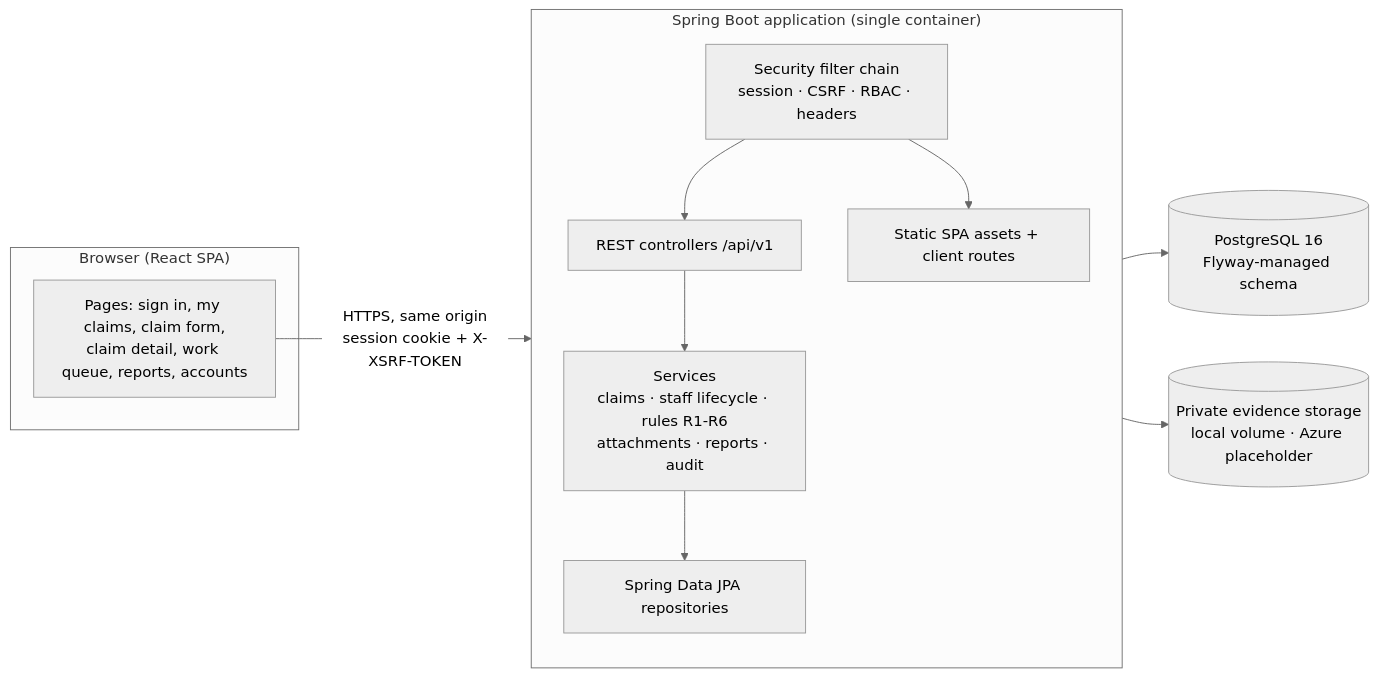
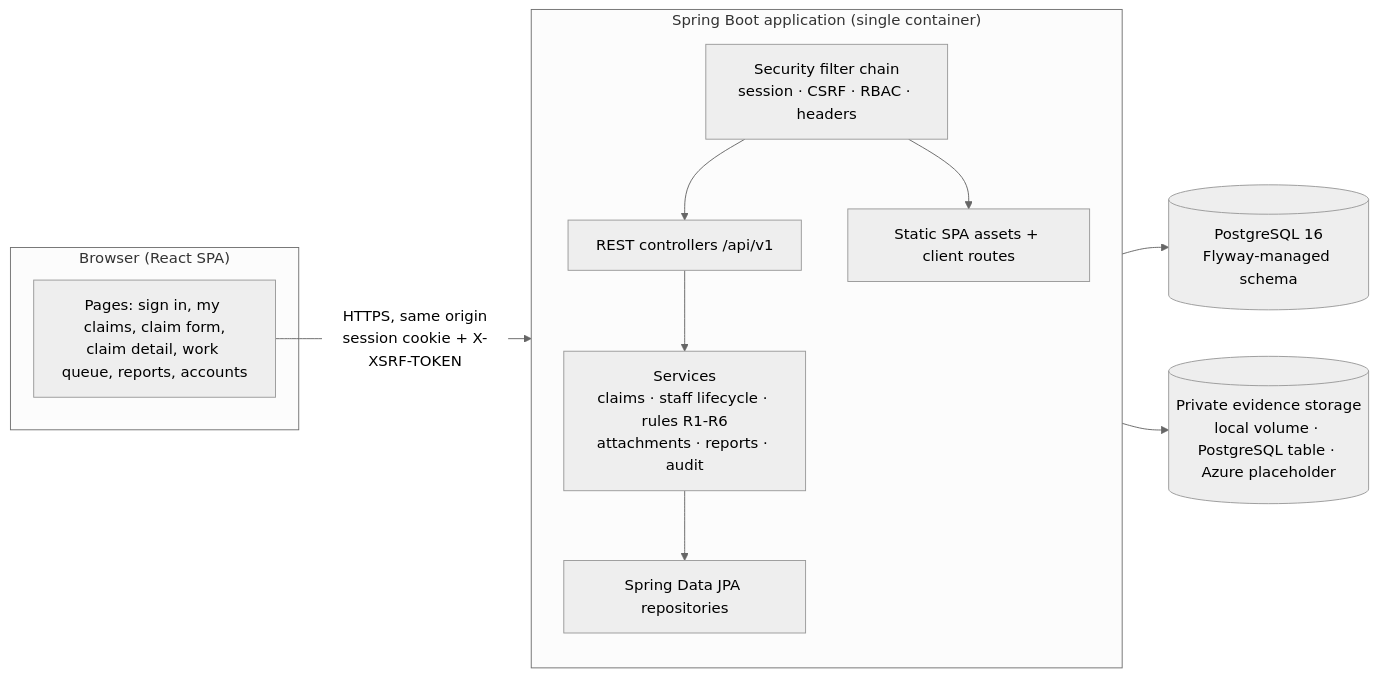
One commit to ved-cmpt/ClaimWillow changed the first of 3 diagrams in docs/ARCHITECTURE.md. Above: the diagram before and after it, drawn with Mermaid (neutral theme). The commit also changed other lines of this file and 5 other files, not shown here.

````diff
--- a/docs/ARCHITECTURE.md
+++ b/docs/ARCHITECTURE.md
@@ -9,24 +9,24 @@
 ```mermaid
 flowchart LR
     subgraph Browser["Browser (React SPA)"]
         UI["Pages: sign in, my claims, claim form,<br/>claim detail, work queue, reports, accounts"]
     end
 
     subgraph App["Spring Boot application (single container)"]
         direction TB
         SEC["Security filter chain<br/>session · CSRF · RBAC · headers"]
         API["REST controllers /api/v1"]
         SVC["Services<br/>claims · staff lifecycle · rules R1-R6<br/>attachments · reports · audit"]
         REPO["Spring Data JPA repositories"]
         STATIC["Static SPA assets + client routes"]
         SEC --> API --> SVC --> REPO
         SEC --> STATIC
     end
 
     DB[("PostgreSQL 16<br/>Flyway-managed schema")]
-    FILES[("Private evidence storage<br/>local volume · Azure placeholder")]
+    FILES[("Private evidence storage<br/>local volume · PostgreSQL table · Azure placeholder")]
 
     UI -- "HTTPS, same origin<br/>session cookie + X-XSRF-TOKEN" --> SEC
     REPO --> DB
     SVC --> FILES
 ```
````
